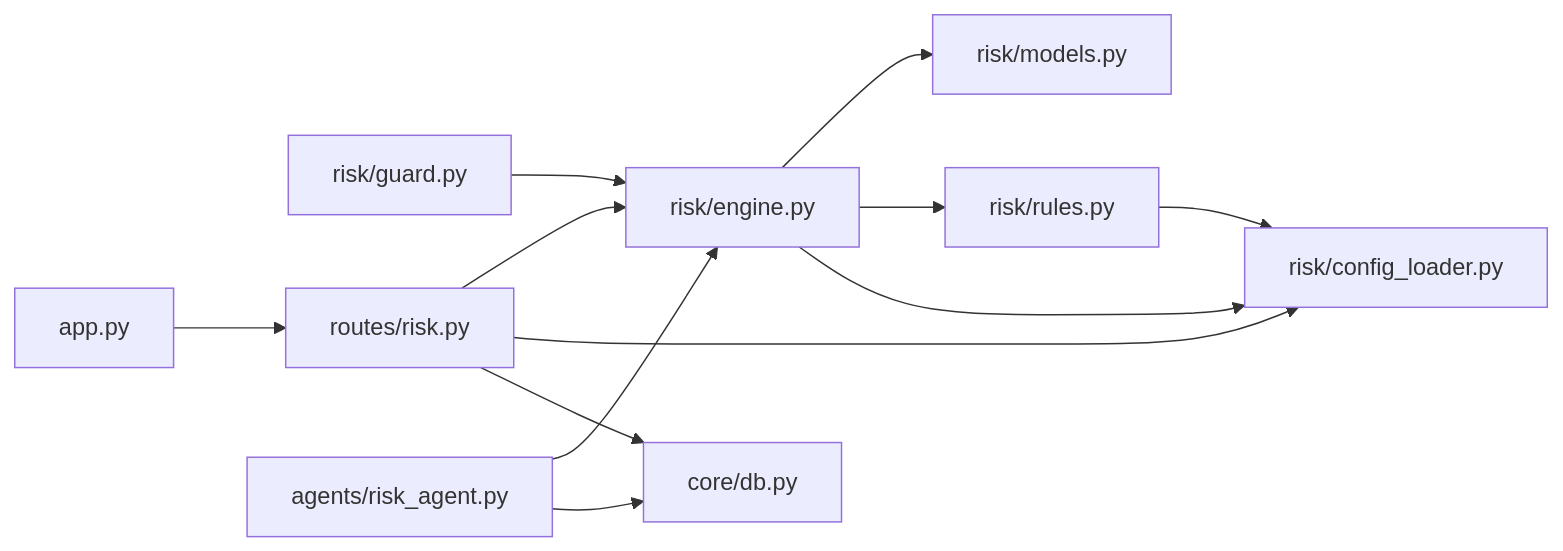
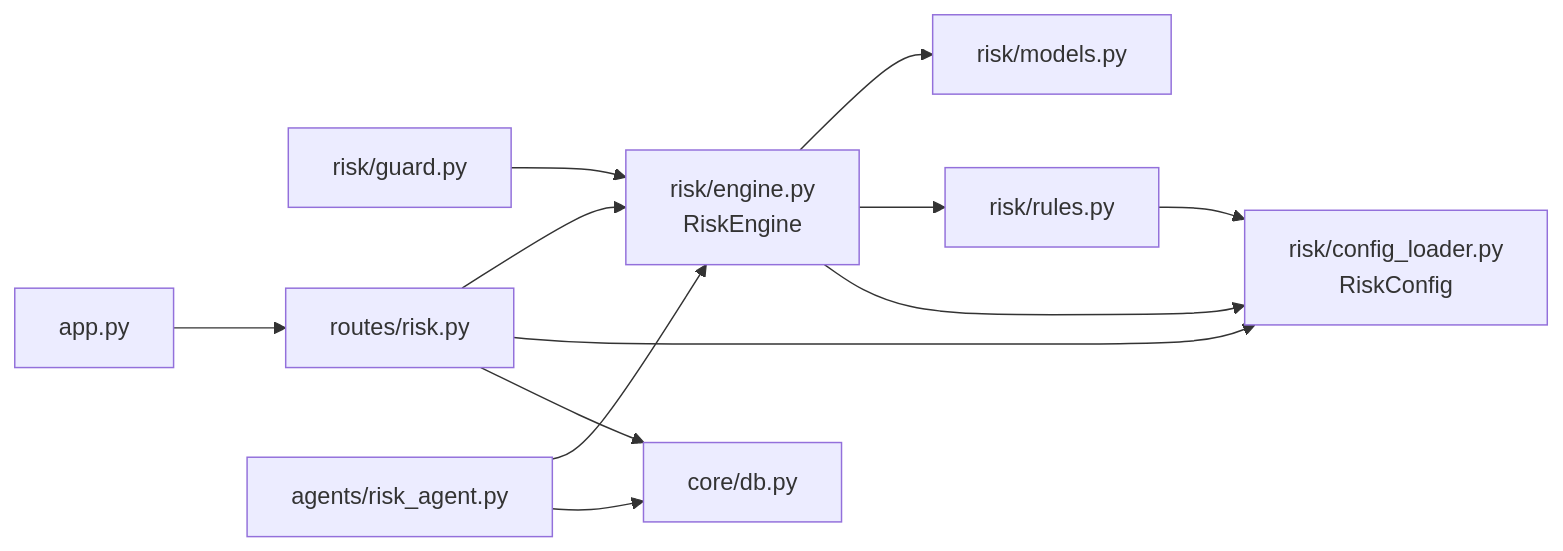
Before and after one commit to Magicer2024/AIQuant: the eighth of 8 diagrams in .qoder/repowiki/zh/content/核心模块/风险控制系统/风险控制系统.md, drawn with Mermaid. The commit also changed other lines of this file and 62 other files, not shown here.

First line of the commit message:
refactor: migrate modules to 六部 ministries architecture

````diff
--- a/.qoder/repowiki/zh/content/核心模块/风险控制系统/风险控制系统.md
+++ b/.qoder/repowiki/zh/content/核心模块/风险控制系统/风险控制系统.md
@@ -402,14 +417,14 @@
 ```mermaid
 graph LR
-Guard["risk/guard.py"] --> Engine["risk/engine.py"]
+Guard["risk/guard.py"] --> Engine["risk/engine.py<br/>RiskEngine"]
 Engine --> Models["risk/models.py"]
 Engine --> Rules["risk/rules.py"]
-Engine --> Config["risk/config_loader.py"]
+Engine --> Config["risk/config_loader.py<br/>RiskConfig"]
 Rules --> Config
 Routes["routes/risk.py"] --> Engine
 Routes --> Config
 Routes --> DB["core/db.py"]
 Agent["agents/risk_agent.py"] --> Engine
 Agent --> DB
 App["app.py"] --> Routes
 ```
````
